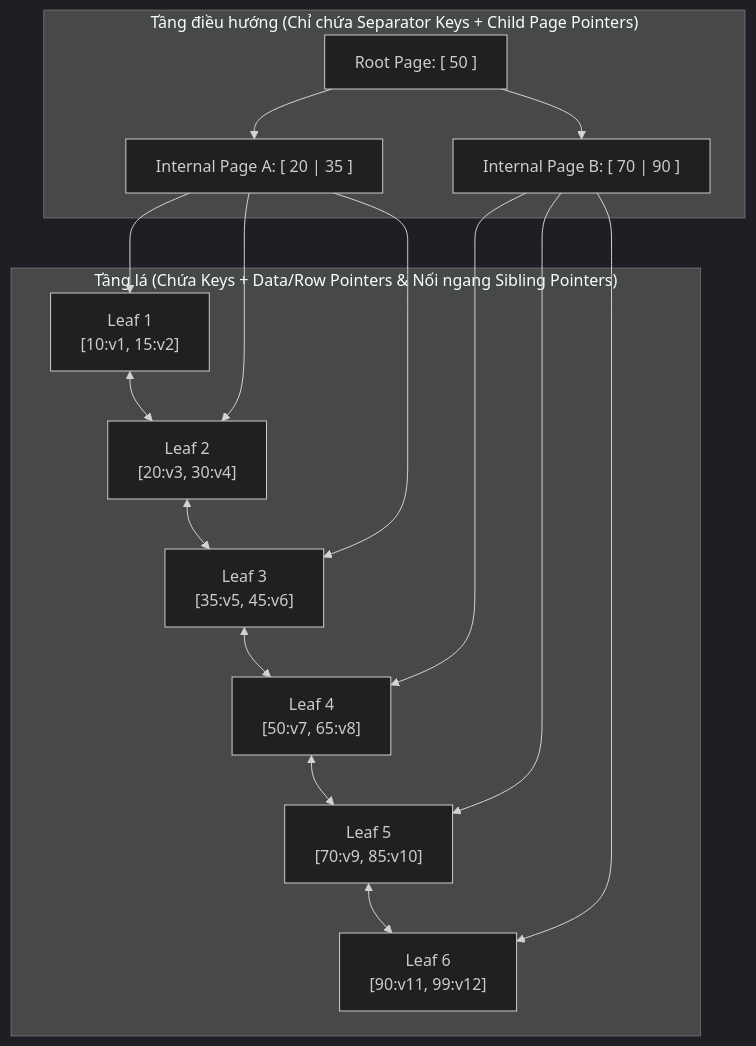
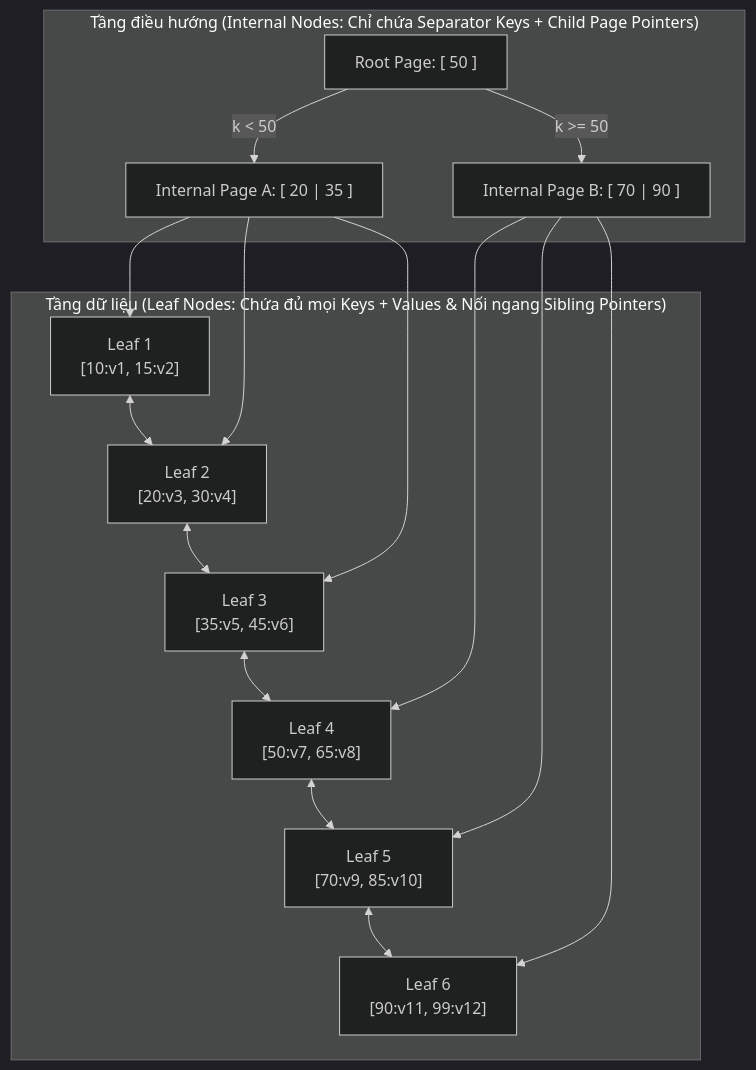
The second of 6 diagrams in docs/Database-Internals-Notes/database-internals-chapter2.vi.md (namaewanam/namaewanam.github.io), drawn with Mermaid (dark theme) before and after one commit. The commit also changed other lines of this file and 29 other files, not shown here.

````diff
--- a/docs/Database-Internals-Notes/database-internals-chapter2.vi.md
+++ b/docs/Database-Internals-Notes/database-internals-chapter2.vi.md
@@ -79,23 +99,23 @@
 ```mermaid
 flowchart TB
-    subgraph InternalLayer["Tầng điều hướng (Chỉ chứa Separator Keys + Child Page Pointers)"]
+    subgraph InternalLayer["Tầng điều hướng (Internal Nodes: Chỉ chứa Separator Keys + Child Page Pointers)"]
         R["Root Page: [ 50 ]"]
         I1["Internal Page A: [ 20 | 35 ]"]
         I2["Internal Page B: [ 70 | 90 ]"]
-        R --> I1
-        R --> I2
+        R -->|"k < 50"| I1
+        R -->|"k >= 50"| I2
     end
-    subgraph LeafLayer["Tầng lá (Chứa Keys + Data/Row Pointers & Nối ngang Sibling Pointers)"]
+    subgraph LeafLayer["Tầng dữ liệu (Leaf Nodes: Chứa đủ mọi Keys + Values & Nối ngang Sibling Pointers)"]
         Leaf1["Leaf 1<br/>[10:v1, 15:v2]"] <--> Leaf2["Leaf 2<br/>[20:v3, 30:v4]"]
         Leaf2 <--> Leaf3["Leaf 3<br/>[35:v5, 45:v6]"]
         Leaf3 <--> Leaf4["Leaf 4<br/>[50:v7, 65:v8]"]
         Leaf4 <--> Leaf5["Leaf 5<br/>[70:v9, 85:v10]"]
         Leaf5 <--> Leaf6["Leaf 6<br/>[90:v11, 99:v12]"]
     end
     I1 --> Leaf1
     I1 --> Leaf2
     I1 --> Leaf3
     I2 --> Leaf4
     I2 --> Leaf5
     I2 --> Leaf6
 ```
````
